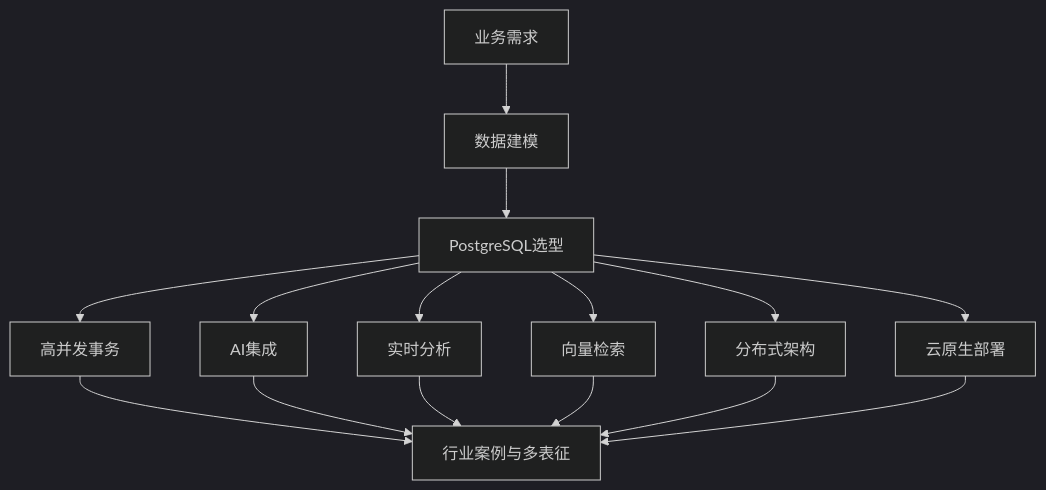
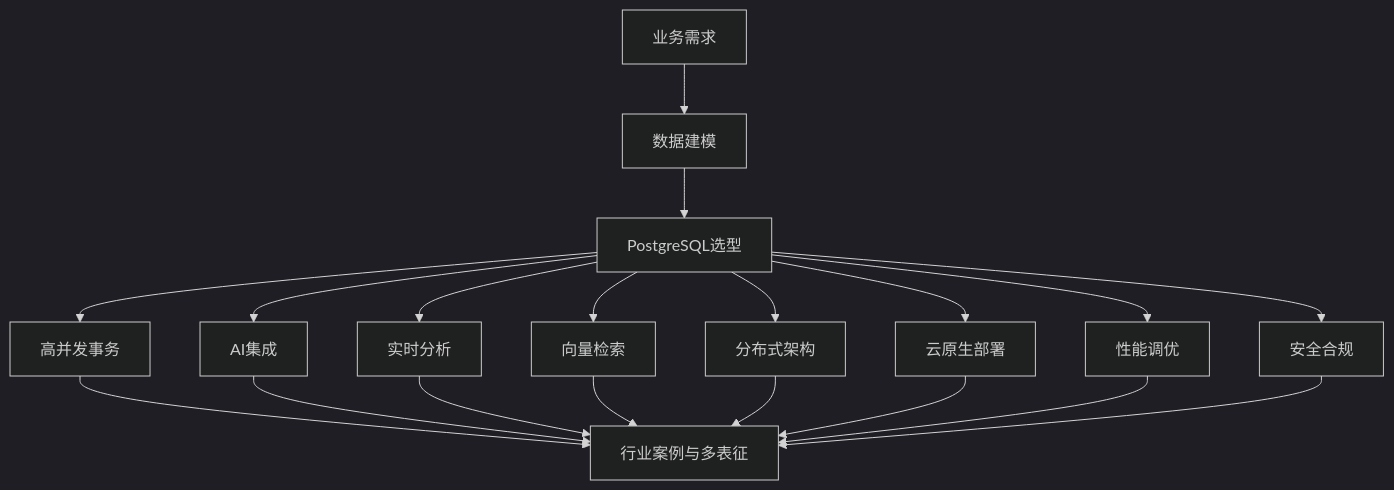
Before and after one commit to AdaMartin18010/Data-Science: the sixth of 6 diagrams in Analysis/1-数据库系统/1.1-PostgreSQL/README.md, drawn with Mermaid (dark theme). The commit also changed other lines of this file and 20 other files, not shown here.

````diff
--- a/Analysis/1-数据库系统/1.1-PostgreSQL/README.md
+++ b/Analysis/1-数据库系统/1.1-PostgreSQL/README.md
@@ -313,12 +318,14 @@
 ```mermaid
 flowchart TD
   A[业务需求] --> B[数据建模]
   B --> C[PostgreSQL选型]
   C --> D1[高并发事务]
   C --> D2[AI集成]
   C --> D3[实时分析]
   C --> D4[向量检索]
   C --> D5[分布式架构]
   C --> D6[云原生部署]
-  D1 & D2 & D3 & D4 & D5 & D6 --> E[行业案例与多表征]
+  C --> D7[性能调优]
+  C --> D8[安全合规]
+  D1 & D2 & D3 & D4 & D5 & D6 & D7 & D8 --> E[行业案例与多表征]
 ```
````
